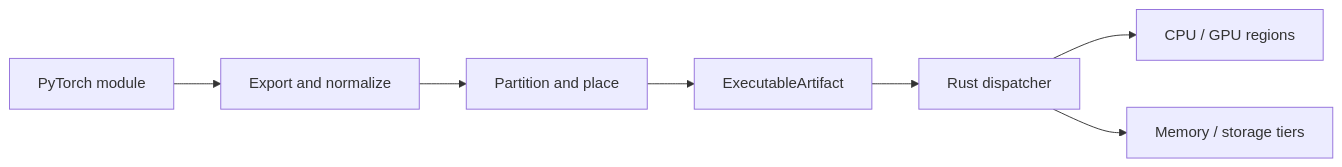
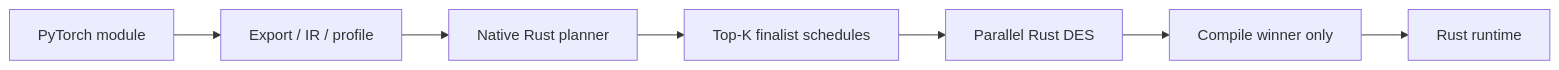
The diagram in README.md (alhussein-jamil/TensorTorrent), drawn with Mermaid before and after one commit. The commit also changed other lines of this file and 37 other files, not shown here.

First line of the commit message:
feat: native planner + DES finalist ranking; ship 0.2.7

````diff
--- a/README.md
+++ b/README.md
@@ -96,9 +98,9 @@
 ```mermaid
 flowchart LR
-    M[PyTorch module] --> E[Export and normalize]
-    E --> P[Partition and place]
-    P --> A[ExecutableArtifact]
-    A --> R[Rust dispatcher]
-    R --> C[CPU / GPU regions]
-    R --> S[Memory / storage tiers]
+    M[PyTorch module] --> E[Export / IR / profile]
+    E --> N[Native Rust planner]
+    N --> F[Top-K finalist schedules]
+    F --> D[Parallel Rust DES]
+    D --> W[Compile winner only]
+    W --> R[Rust runtime]
 ```
````
